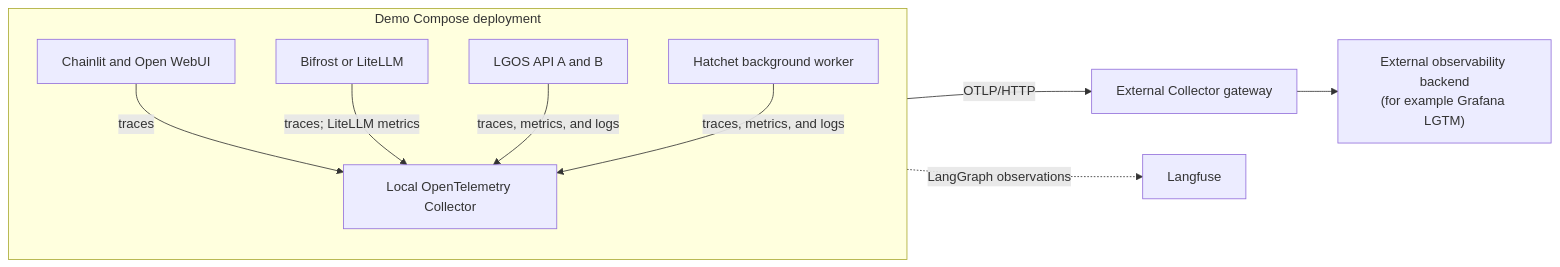
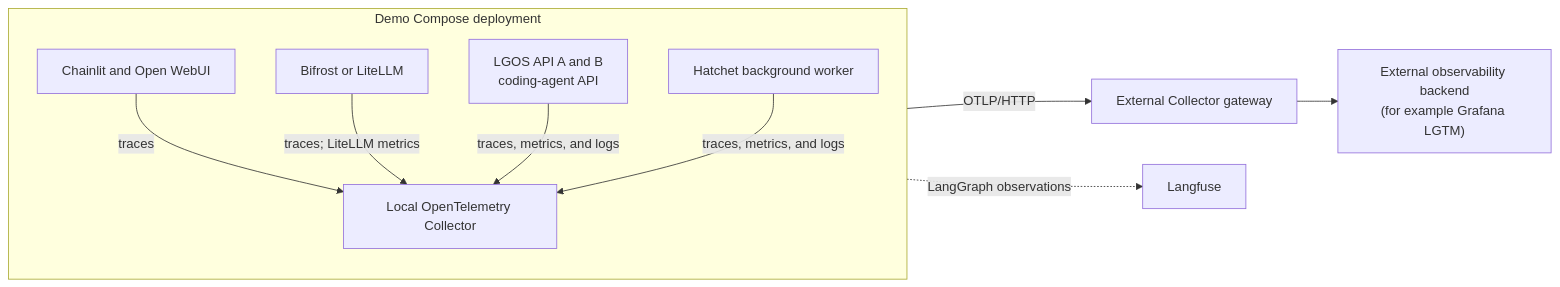
One commit to ilkersigirci/langgraph-openai-serve changed the diagram in docs/demo/opentelemetry.md. Above: the diagram before and after it, drawn with Mermaid. The commit also changed other lines of this file and 9 other files, not shown here.

First line of the commit message:
feat(demo): coding agent opentelemetry

````diff
--- a/docs/demo/opentelemetry.md
+++ b/docs/demo/opentelemetry.md
@@ -14,20 +14,20 @@
 ```mermaid
 flowchart LR
   subgraph demo["Demo Compose deployment"]
     direction TB
     clients["Chainlit and Open WebUI"]
     gateways["Bifrost or LiteLLM"]
-    apis["LGOS API A and B"]
+    apis["LGOS API A and B<br/>coding-agent API"]
     worker["Hatchet background worker"]
     collector["Local OpenTelemetry Collector"]
 
     clients -->|"traces"| collector
     gateways -->|"traces; LiteLLM metrics"| collector
     apis -->|"traces, metrics, and logs"| collector
     worker -->|"traces, metrics, and logs"| collector
   end
 
   collector -->|"OTLP/HTTP"| gateway["External Collector gateway"]
   gateway --> backend["External observability backend<br/>(for example Grafana LGTM)"]
   apis -.->|"LangGraph observations"| langfuse["Langfuse"]
 ```
````
